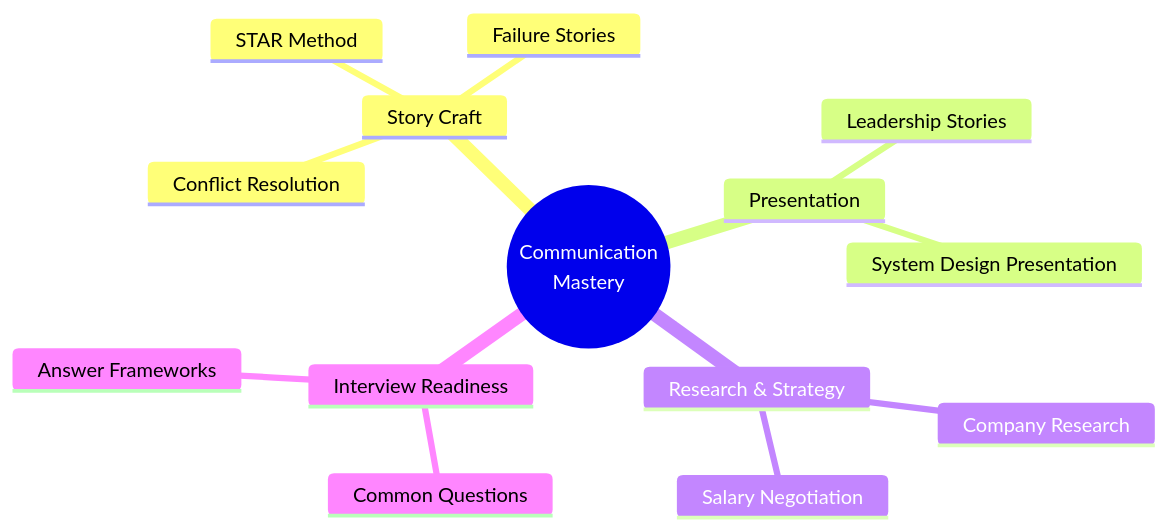
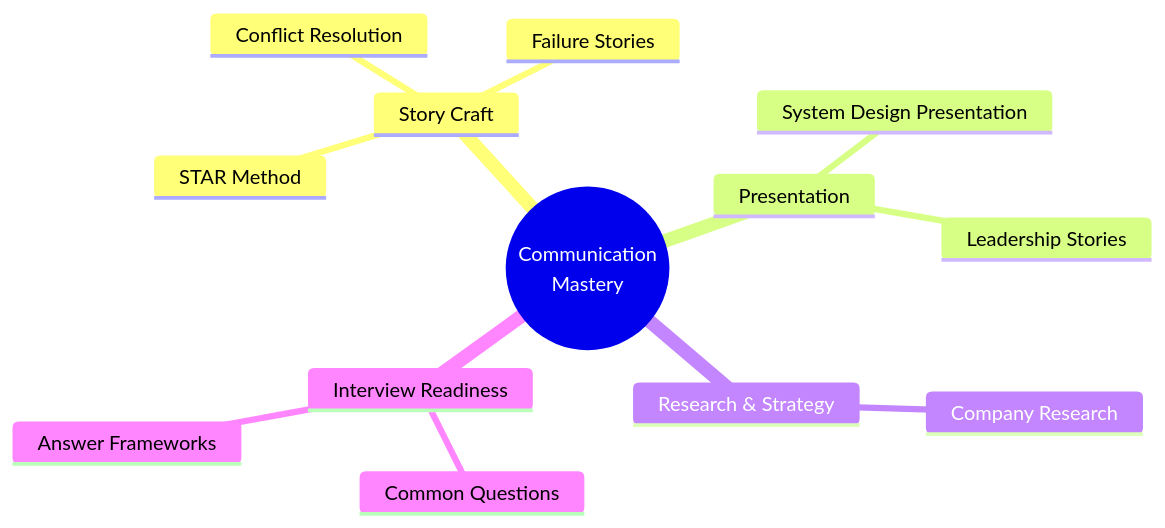
Before and after one commit to thearpitanand/interview-prep-guide: the first of 3 diagrams in 04-behavioral/communication/00-README.md, drawn with Mermaid. The commit also changed other lines of this file and 133 other files, not shown here.

````diff
--- a/04-behavioral/communication/00-README.md
+++ b/04-behavioral/communication/00-README.md
@@ -7,17 +7,16 @@
 ```mermaid
 mindmap
   root((Communication<br/>Mastery))
     Story Craft
       STAR Method
       Failure Stories
       Conflict Resolution
     Presentation
       System Design Presentation
       Leadership Stories
     Research & Strategy
       Company Research
-      Salary Negotiation
     Interview Readiness
       Common Questions
       Answer Frameworks
 ```
````
